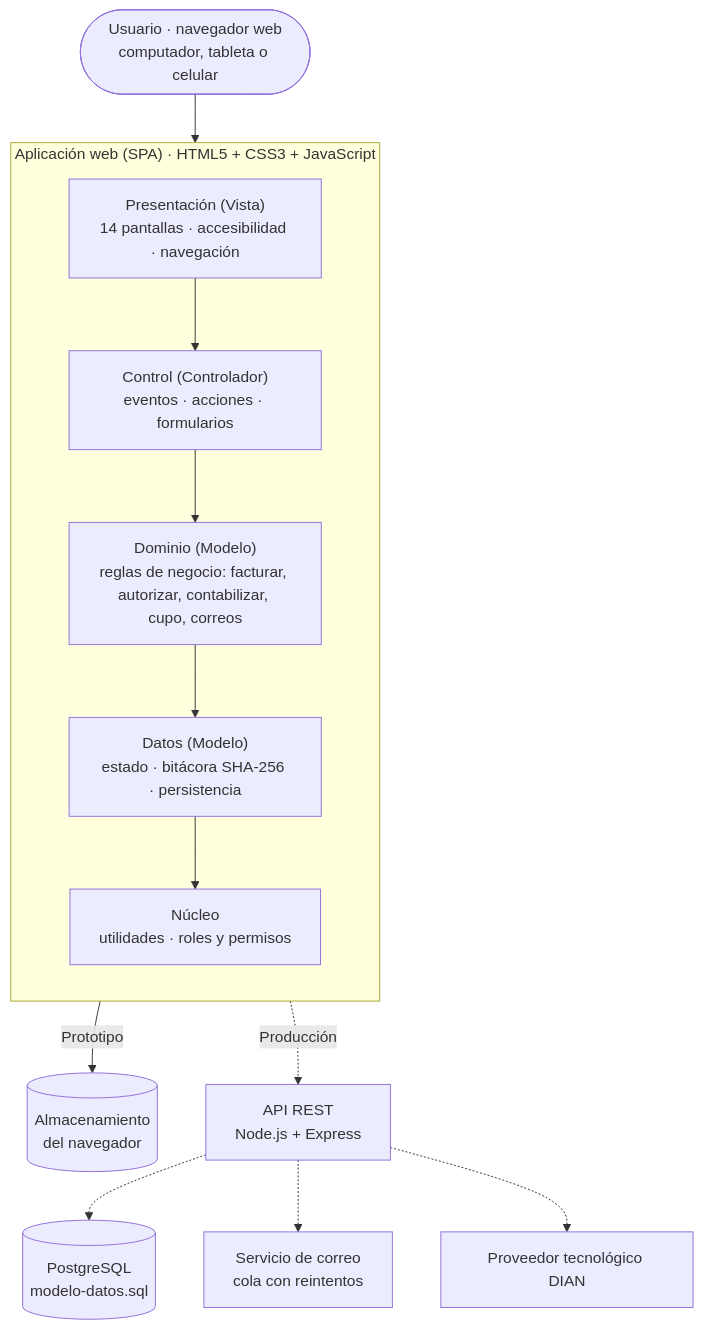
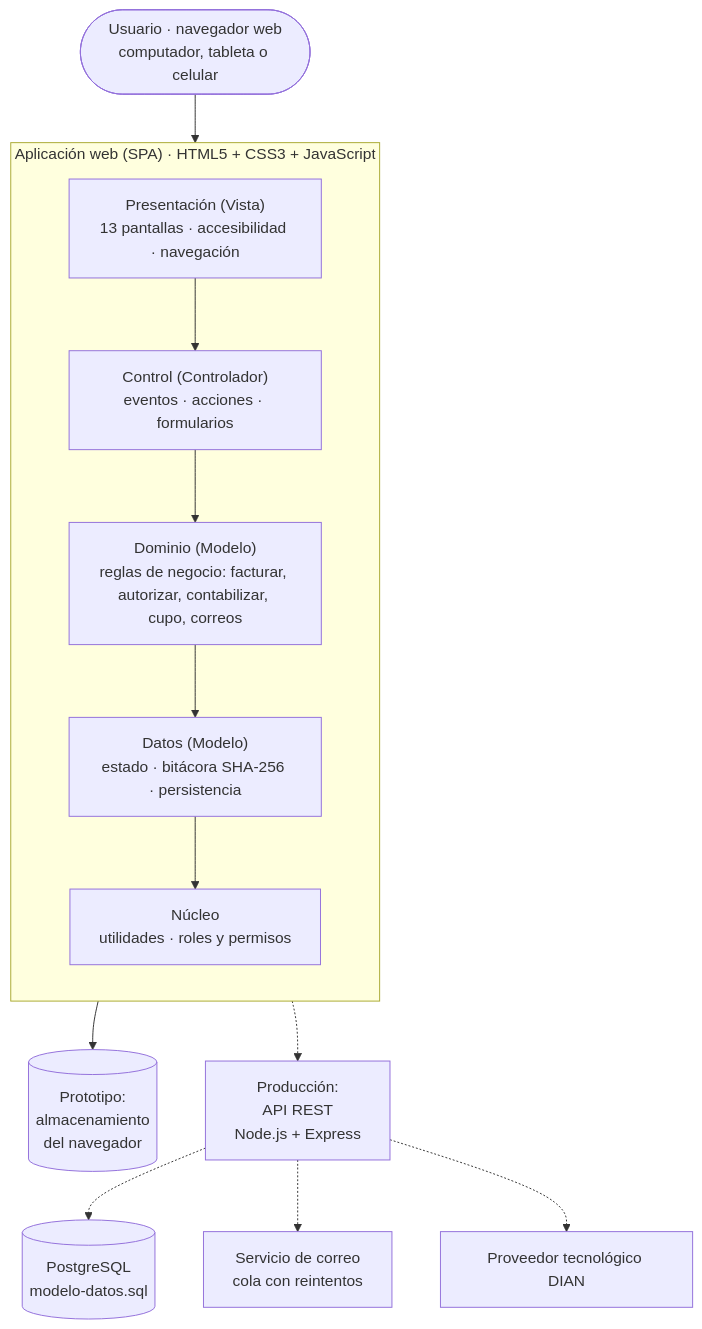
The diagram in docs/final/img/arquitectura.mmd (slonbuitrago-bit/motorepuestos-oriente), drawn with Mermaid before and after one commit. The commit also changed 17 other files, not shown here.

First line of the commit message:
Informe con captura de Trello y diagramas vectoriales nítidos

```diff
--- a/docs/final/img/arquitectura.mmd
+++ b/docs/final/img/arquitectura.mmd
@@ -1,17 +1,17 @@
 flowchart TB
   U(["Usuario · navegador web<br/>computador, tableta o celular"])
   subgraph APP["Aplicación web (SPA) · HTML5 + CSS3 + JavaScript"]
     direction TB
-    V["Presentación (Vista)<br/>14 pantallas · accesibilidad · navegación"]
+    V["Presentación (Vista)<br/>13 pantallas · accesibilidad · navegación"]
     C["Control (Controlador)<br/>eventos · acciones · formularios"]
     D["Dominio (Modelo)<br/>reglas de negocio: facturar, autorizar, contabilizar, cupo, correos"]
     DA["Datos (Modelo)<br/>estado · bitácora SHA-256 · persistencia"]
     N["Núcleo<br/>utilidades · roles y permisos"]
     V --> C --> D --> DA --> N
   end
   U --> V
-  DA -- "Prototipo" --> LS[("Almacenamiento<br/>del navegador")]
-  DA -. "Producción" .-> API["API REST<br/>Node.js + Express"]
+  DA --> LS[("Prototipo:<br/>almacenamiento<br/>del navegador")]
+  DA -.-> API["Producción:<br/>API REST<br/>Node.js + Express"]
   API -.-> PG[("PostgreSQL<br/>modelo-datos.sql")]
   API -.-> SMTP["Servicio de correo<br/>cola con reintentos"]
   API -.-> DIAN["Proveedor tecnológico DIAN"]
```
